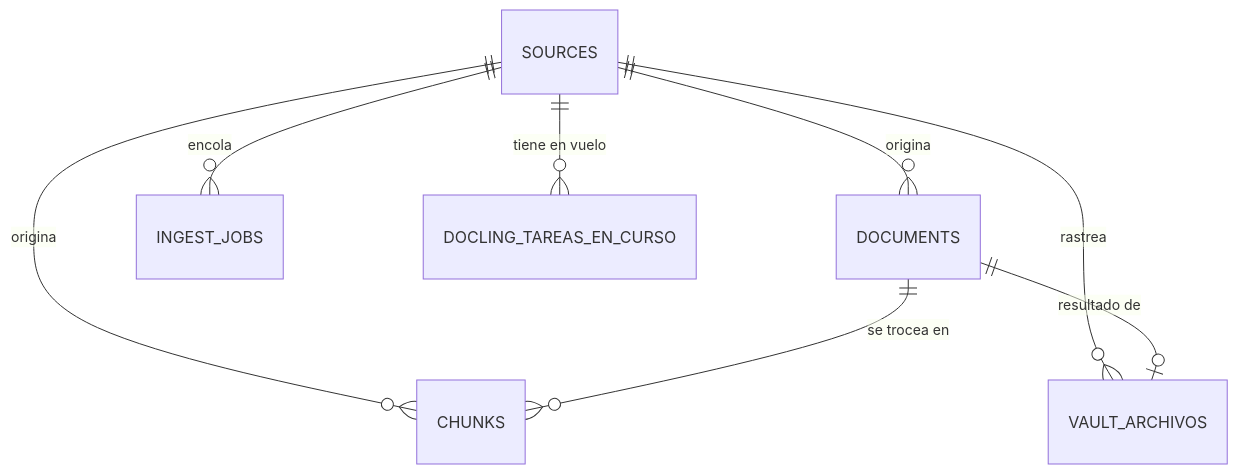
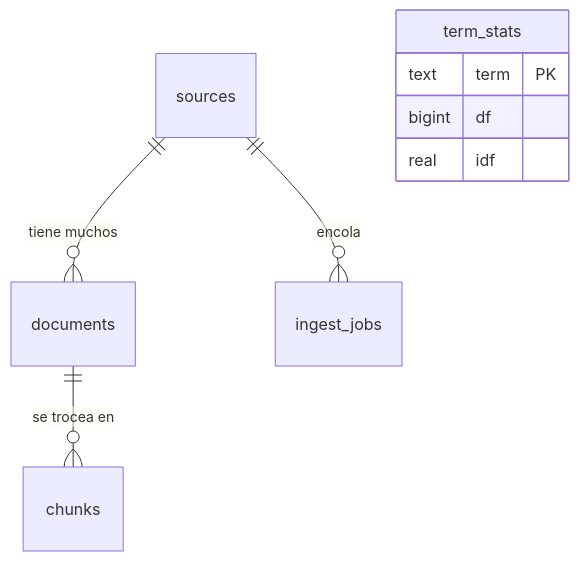
Before and after one commit to G3A/base-conocimiento-sandbox: the diagram in docs/data-model.md, drawn with Mermaid. The commit also changed other lines of this file and 12 other files, not shown here.

````diff
--- a/docs/data-model.md
+++ b/docs/data-model.md
@@ -24,10 +26,11 @@
 ```mermaid
 erDiagram
-  SOURCES ||--o{ DOCUMENTS : "origina"
-  SOURCES ||--o{ CHUNKS : "origina"
-  SOURCES ||--o{ INGEST_JOBS : "encola"
-  SOURCES ||--o{ DOCLING_TAREAS_EN_CURSO : "tiene en vuelo"
-  SOURCES ||--o{ VAULT_ARCHIVOS : "rastrea"
-  DOCUMENTS ||--o{ CHUNKS : "se trocea en"
-  DOCUMENTS ||--o| VAULT_ARCHIVOS : "resultado de"
+  sources ||--o{ documents : "tiene muchos"
+  documents ||--o{ chunks : "se trocea en"
+  sources ||--o{ ingest_jobs : "encola"
+  term_stats {
+    text term PK
+    bigint df
+    real idf
+  }
 ```
````
